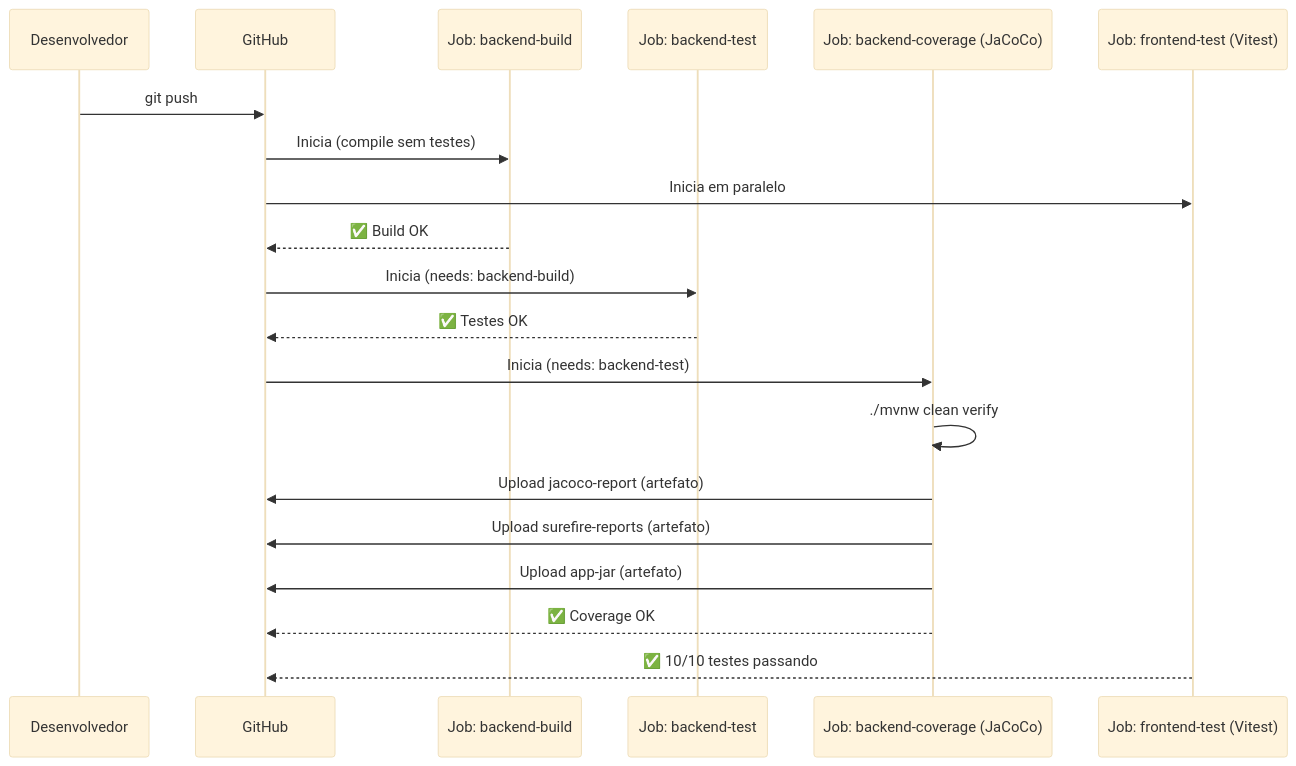
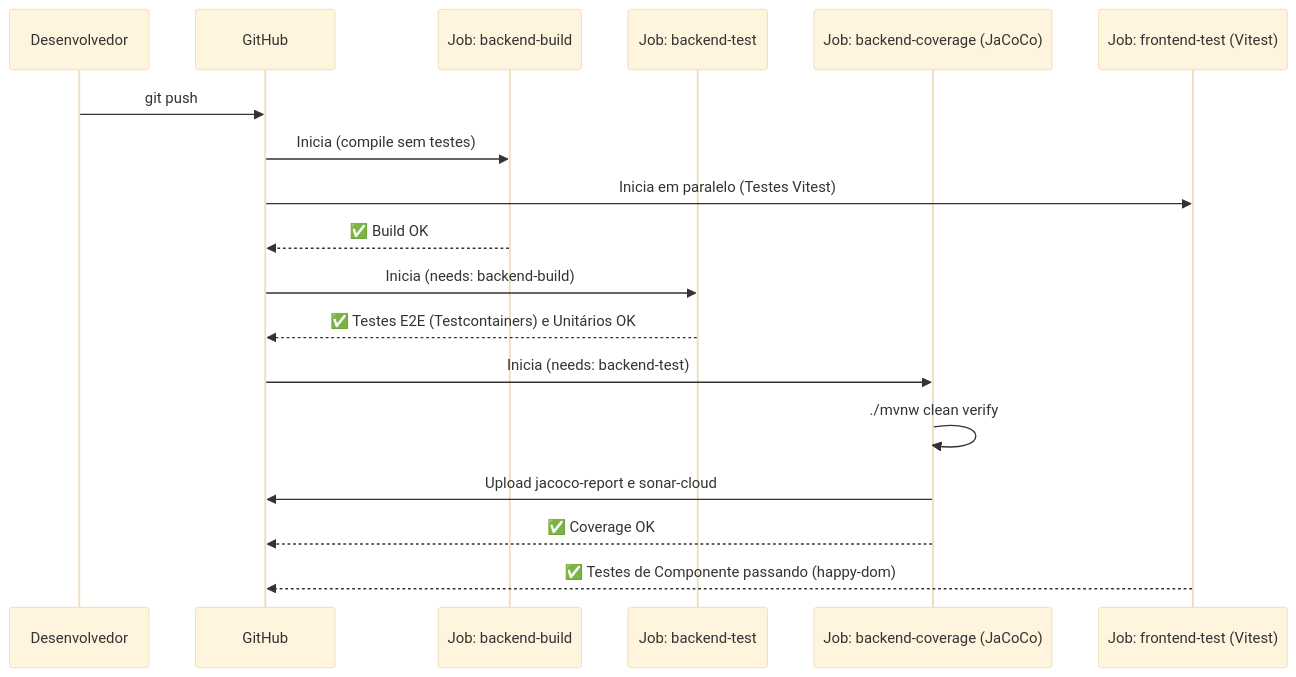
Before and after one commit to Alex-sampaio-lima/Projeto-Q.A: the seventh of 7 diagrams in Diagrama UML.md, drawn with Mermaid (base theme). The commit also changed other lines of this file and 6 other files, not shown here.

````diff
--- a/Diagrama UML.md
+++ b/Diagrama UML.md
@@ -127,27 +236,25 @@
 ```mermaid
 sequenceDiagram
     participant Dev as Desenvolvedor
     participant GH as GitHub
     participant Build as Job: backend-build
     participant Test as Job: backend-test
     participant Cov as Job: backend-coverage (JaCoCo)
     participant Front as Job: frontend-test (Vitest)
 
     Dev->>GH: git push
     GH->>Build: Inicia (compile sem testes)
-    GH->>Front: Inicia em paralelo
+    GH->>Front: Inicia em paralelo (Testes Vitest)
 
     Build-->>GH: ✅ Build OK
     GH->>Test: Inicia (needs: backend-build)
 
-    Test-->>GH: ✅ Testes OK
+    Test-->>GH: ✅ Testes E2E (Testcontainers) e Unitários OK
     GH->>Cov: Inicia (needs: backend-test)
 
     Cov->>Cov: ./mvnw clean verify
-    Cov->>GH: Upload jacoco-report (artefato)
-    Cov->>GH: Upload surefire-reports (artefato)
-    Cov->>GH: Upload app-jar (artefato)
+    Cov->>GH: Upload jacoco-report e sonar-cloud
     Cov-->>GH: ✅ Coverage OK
 
-    Front-->>GH: ✅ 10/10 testes passando
+    Front-->>GH: ✅ Testes de Componente passando (happy-dom)
 ```
````
